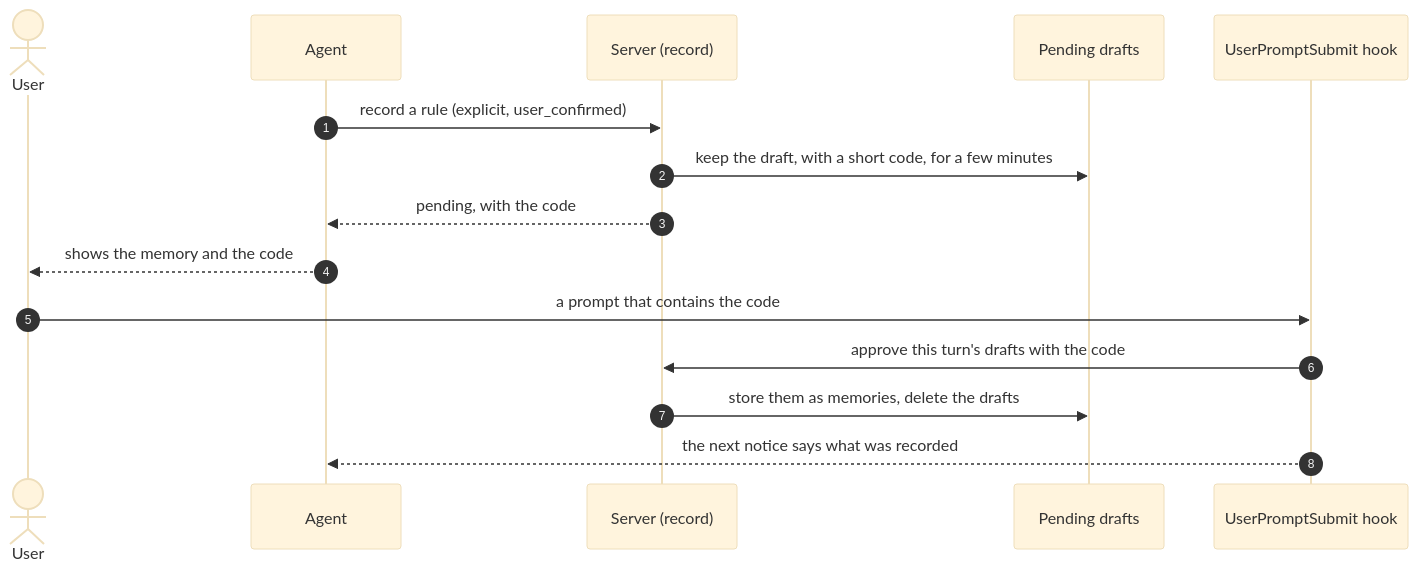
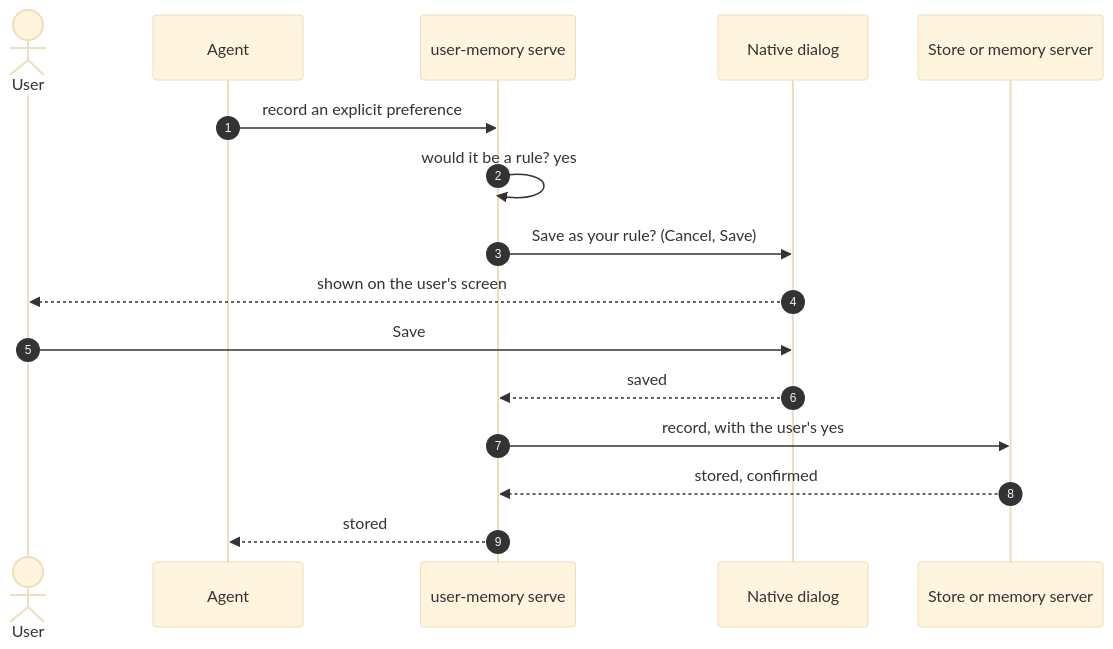
Before and after one commit to l7aromeo/user-memory: the fourth of 5 diagrams in design/06-confirmation-and-approval.md, drawn with Mermaid (base theme). The commit also changed other lines of this file and 13 other files, not shown here.

````diff
--- a/design/06-confirmation-and-approval.md
+++ b/design/06-confirmation-and-approval.md
@@ -214,18 +221,19 @@
 ```mermaid
 sequenceDiagram
     autonumber
     actor U as User
     participant A as Agent
-    participant S as Server (record)
-    participant D as Pending drafts
-    participant H as UserPromptSubmit hook
+    participant M as user-memory serve
+    participant W as Native dialog
+    participant S as Store or memory server
 
-    A->>S: record a rule (explicit, user_confirmed)
-    S->>D: keep the draft, with a short code, for a few minutes
-    S-->>A: pending, with the code
-    A-->>U: shows the memory and the code
-    U->>H: a prompt that contains the code
-    H->>S: approve this turn's drafts with the code
-    S->>D: store them as memories, delete the drafts
-    H-->>A: the next notice says what was recorded
+    A->>M: record an explicit preference
+    M->>M: would it be a rule? yes
+    M->>W: Save as your rule? (Cancel, Save)
+    W-->>U: shown on the user's screen
+    U->>W: Save
+    W-->>M: saved
+    M->>S: record, with the user's yes
+    S-->>M: stored, confirmed
+    M-->>A: stored
 ```
````
